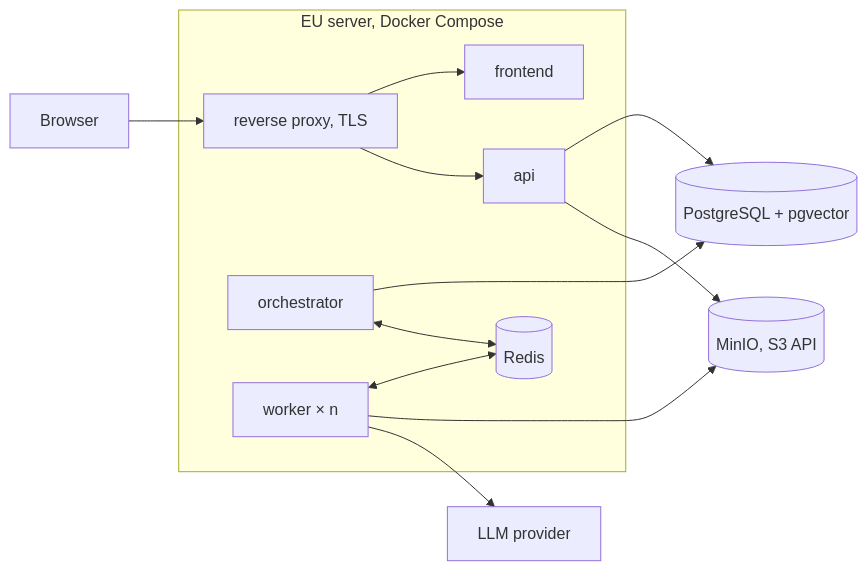
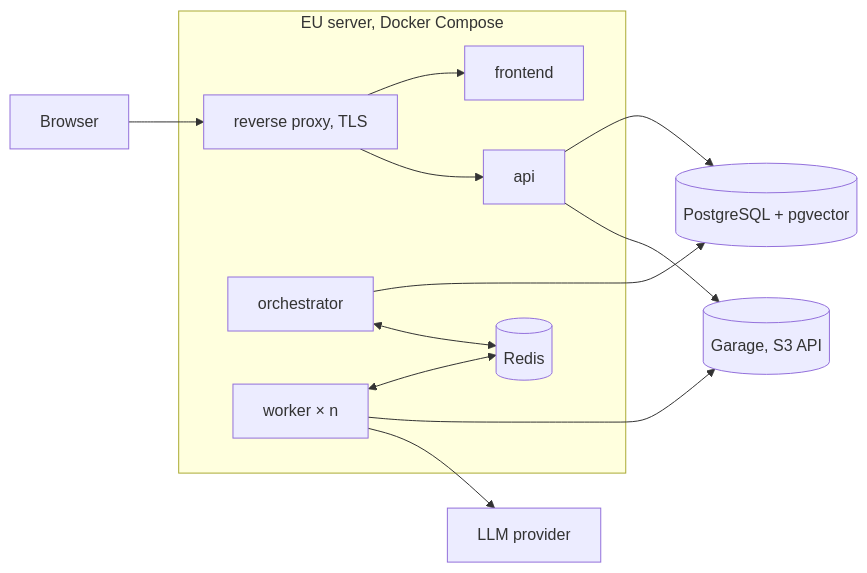
Before and after one commit to thomaselmer/sibp-infos: the sixth of 6 diagrams in docs/Architecture.md, drawn with Mermaid. The commit also changed other lines of this file and 3 other files, not shown here.

First line of the commit message:
Architecture v26: object storage Garage, built when needed

````diff
--- a/docs/Architecture.md
+++ b/docs/Architecture.md
@@ -570,18 +578,18 @@
 ```mermaid
 flowchart LR
   U[Browser] --> RP[reverse proxy, TLS]
   subgraph Server[EU server, Docker Compose]
     RP --> FE[frontend]
     RP --> API[api]
     ORC[orchestrator]
     WRK[worker × n]
     RD[(Redis)]
   end
   API --> DB[(PostgreSQL + pgvector)]
   ORC --> DB
   ORC <--> RD
   WRK <--> RD
-  API --> OS[(MinIO, S3 API)]
+  API --> OS[(Garage, S3 API)]
   WRK --> OS
   WRK --> LLM[LLM provider]
 ```
````
